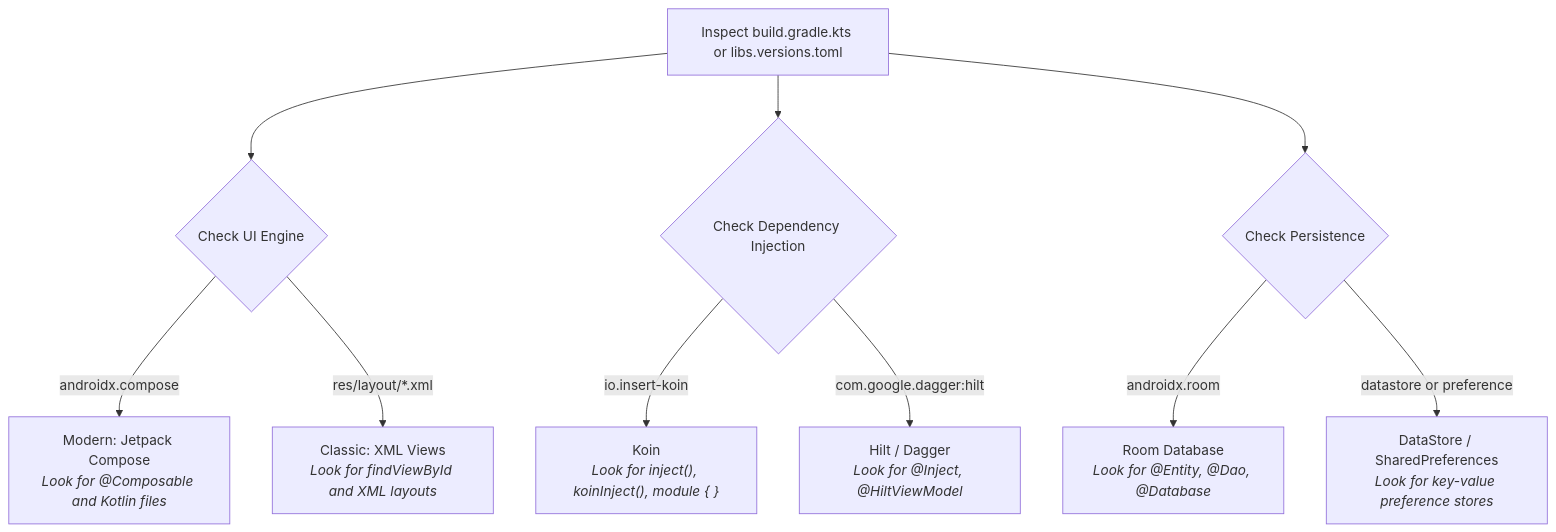
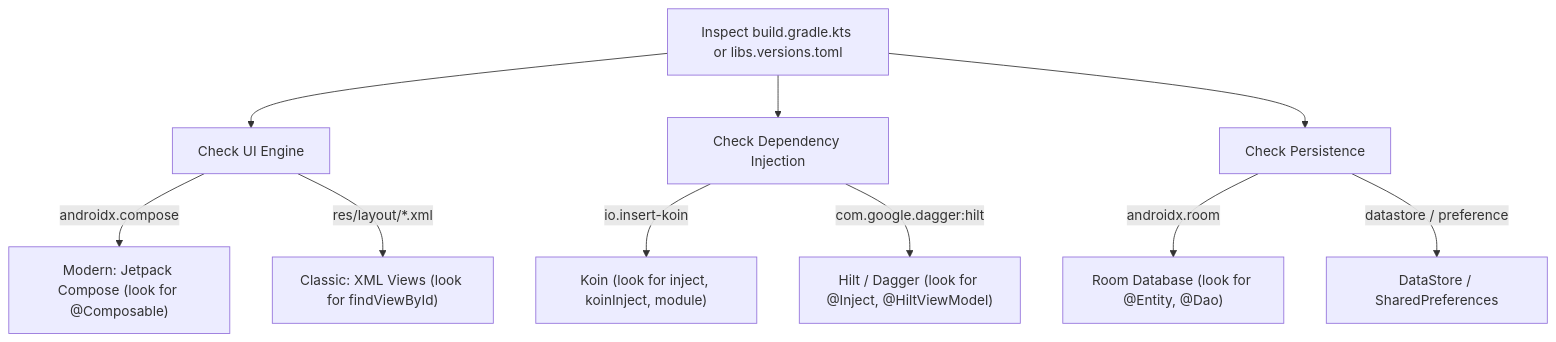
Before and after one commit to easoyeb/dev-likeAPro: the first of 3 diagrams in docs/android-course/codebase-navigation.md, drawn with Mermaid. The commit also changed other lines of this file and 2 other files, not shown here.

Commit message:
fix(docs): resolve Mermaid syntax error and add diagrams to module1 and module2

````diff
--- a/docs/android-course/codebase-navigation.md
+++ b/docs/android-course/codebase-navigation.md
@@ -13,16 +13,16 @@
 ```mermaid
 flowchart TD
     BuildFile["Inspect build.gradle.kts or libs.versions.toml"]
     
-    BuildFile --> UI{"Check UI Engine"}
-    UI -->|androidx.compose| ComposeUI["Modern: Jetpack Compose<br><i>Look for @Composable and Kotlin files</i>"]
-    UI -->|res/layout/*.xml| XmlUI["Classic: XML Views<br><i>Look for findViewById and XML layouts</i>"]
+    BuildFile --> UI["Check UI Engine"]
+    UI -->|"androidx.compose"| ComposeUI["Modern: Jetpack Compose (look for @Composable)"]
+    UI -->|"res/layout/*.xml"| XmlUI["Classic: XML Views (look for findViewById)"]
     
-    BuildFile --> DI{"Check Dependency Injection"}
-    DI -->|io.insert-koin| KoinDI["Koin<br><i>Look for inject(), koinInject(), module { }</i>"]
-    DI -->|com.google.dagger:hilt| HiltDI["Hilt / Dagger<br><i>Look for @Inject, @HiltViewModel</i>"]
+    BuildFile --> DI["Check Dependency Injection"]
+    DI -->|"io.insert-koin"| KoinDI["Koin (look for inject, koinInject, module)"]
+    DI -->|"com.google.dagger:hilt"| HiltDI["Hilt / Dagger (look for @Inject, @HiltViewModel)"]
     
-    BuildFile --> Storage{"Check Persistence"}
-    Storage -->|androidx.room| RoomDB["Room Database<br><i>Look for @Entity, @Dao, @Database</i>"]
-    Storage -->|datastore or preference| Prefs["DataStore / SharedPreferences<br><i>Look for key-value preference stores</i>"]
+    BuildFile --> Storage["Check Persistence"]
+    Storage -->|"androidx.room"| RoomDB["Room Database (look for @Entity, @Dao)"]
+    Storage -->|"datastore / preference"| Prefs["DataStore / SharedPreferences"]
 ```
````
